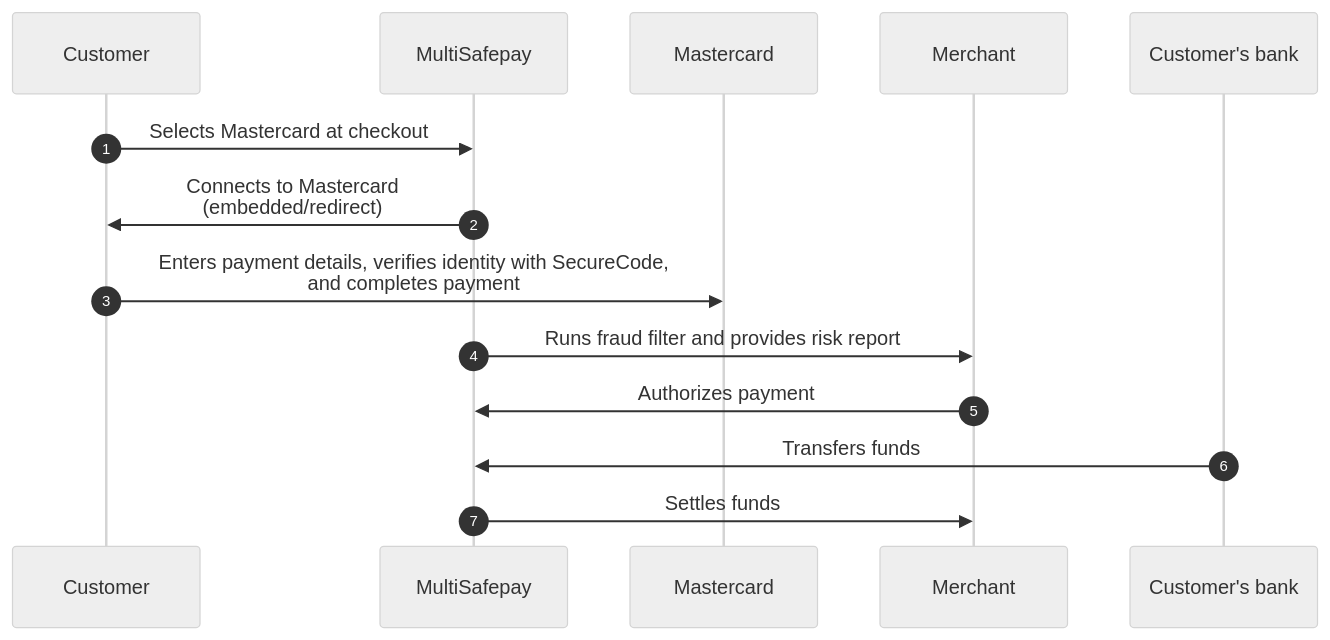
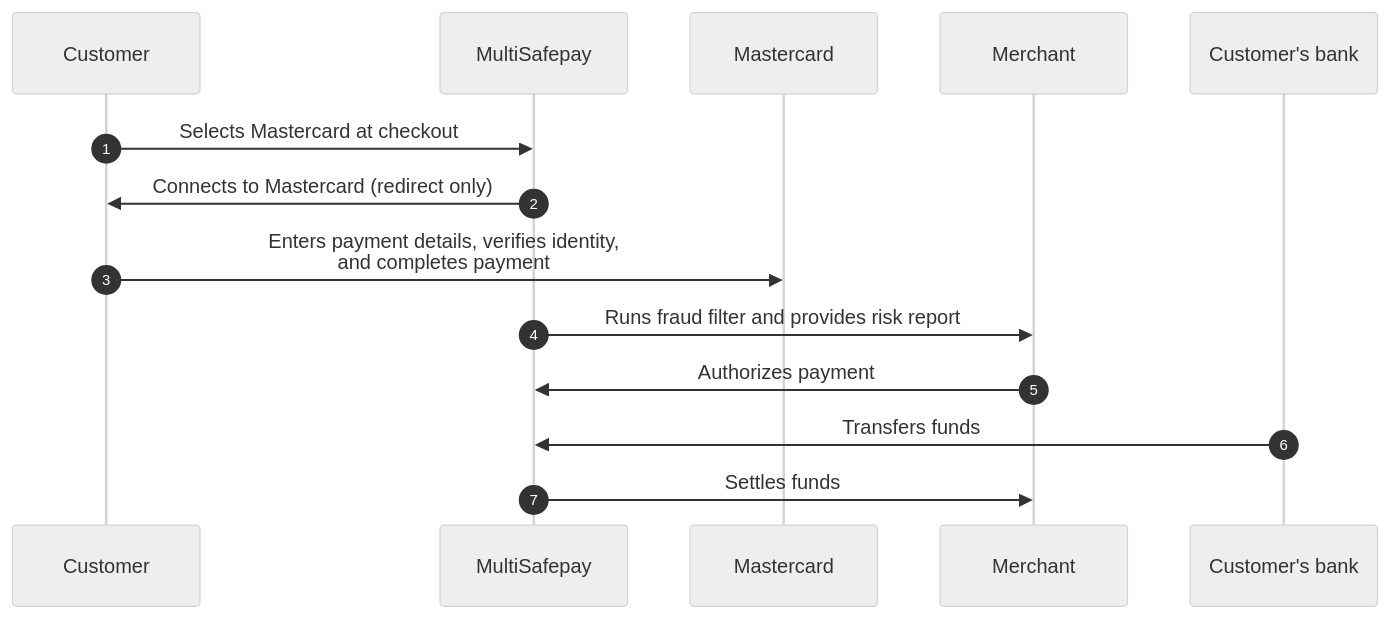
The diagram in content/payments/methods/credit-and-debit-cards/mastercard/payment-flow.md (MultiSafepay/docs), drawn with Mermaid (neutral theme) before and after one commit. The commit also changed other lines of this file and 253 other files, not shown here.

```diff
--- a/content/payments/methods/credit-and-debit-cards/mastercard/payment-flow.md
+++ b/content/payments/methods/credit-and-debit-cards/mastercard/payment-flow.md
@@ -14,20 +14,20 @@
 {{< mermaid class="text-center" >}}
 
 sequenceDiagram
     autonumber
     participant C as Customer
     participant Mu as MultiSafepay
     participant Ma as Mastercard
     participant Me as Merchant
     participant CB as Customer's bank
 
     C->>Mu: Selects Mastercard at checkout
-    Mu->>C: Connects to Mastercard <br> (embedded/redirect)
-    C->>Ma: Enters payment details, verifies identity with SecureCode, <br> and completes payment
+    Mu->>C: Connects to Mastercard (redirect only)
+    C->>Ma: Enters payment details, verifies identity, <br> and completes payment
     Mu->>Me: Runs fraud filter and provides risk report
     Me->>Mu: Authorizes payment
     CB->>Mu: Transfers funds 
     Mu->>Me: Settles funds
        
 
 {{< /mermaid >}}
```
